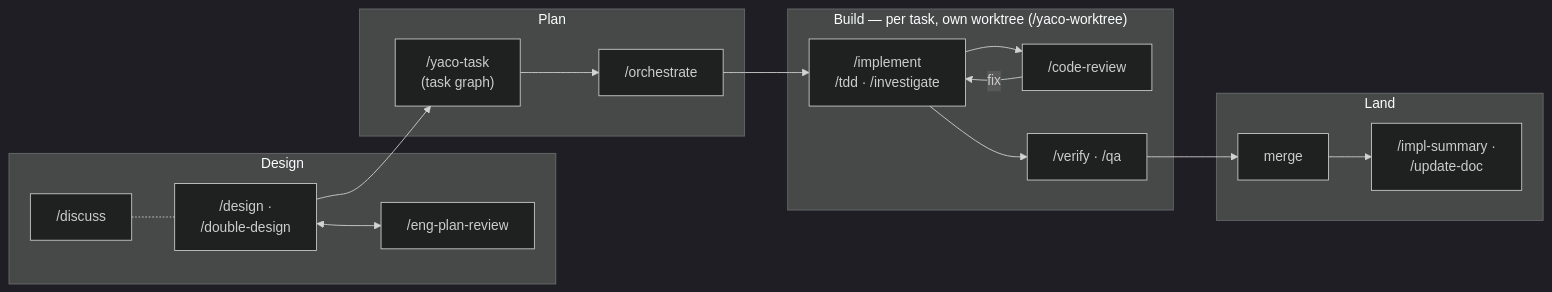
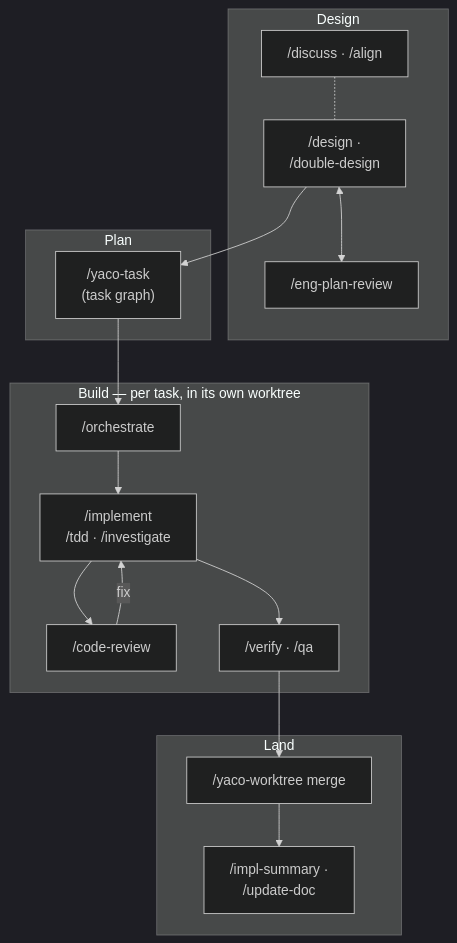
The diagram in README.md (imoonkey/yaco), drawn with Mermaid (dark theme) before and after one commit. The commit also changed other lines of this file, not shown here.

Commit message:
docs(readme): workflow chart — orchestrate joins Build, merge names /yaco-worktree, align joins Design

````diff
--- a/README.md
+++ b/README.md
@@ -115,21 +115,22 @@
 ```mermaid
-flowchart LR
+flowchart TD
     subgraph DE ["Design"]
         D["/design ·<br>/double-design"] <--> EPR["/eng-plan-review"]
-        DIS["/discuss"] -.- D
+        DIS["/discuss · /align"] -.- D
     end
     subgraph PL ["Plan"]
-        TG["/yaco-task<br>(task graph)"] --> O["/orchestrate"]
+        TG["/yaco-task<br>(task graph)"]
     end
-    subgraph BU ["Build — per task, own worktree (/yaco-worktree)"]
-        I["/implement<br>/tdd · /investigate"] --> CR["/code-review"]
+    subgraph BU ["Build — per task, in its own worktree"]
+        O["/orchestrate"] --> I["/implement<br>/tdd · /investigate"]
+        I --> CR["/code-review"]
         CR -->|fix| I
         I --> V["/verify · /qa"]
     end
     subgraph LA ["Land"]
-        M["merge"] --> IS["/impl-summary ·<br>/update-doc"]
+        M["/yaco-worktree merge"] --> IS["/impl-summary ·<br>/update-doc"]
     end
     D --> TG
-    O --> I
+    TG --> O
     V --> M
 ```
````
